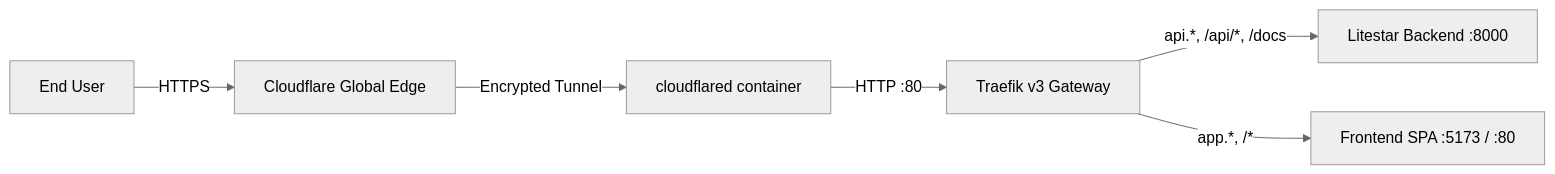
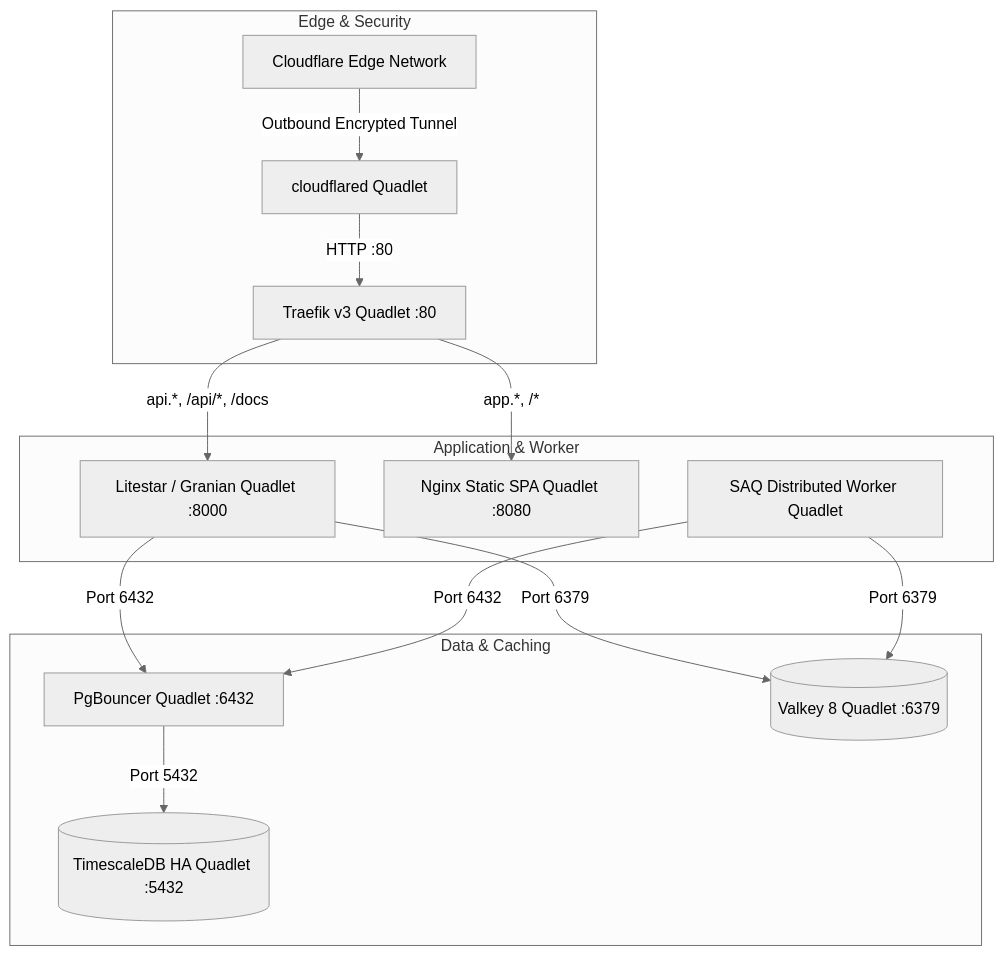
One commit to le-patrice/granite-template changed the diagram in docs/DEPLOYMENT.md. Above: the diagram before and after it, drawn with Mermaid (neutral theme). The commit also changed other lines of this file and 11 other files, not shown here.

````diff
--- a/docs/DEPLOYMENT.md
+++ b/docs/DEPLOYMENT.md
@@ -202,8 +13,21 @@
 ```mermaid
-flowchart LR
-    User[End User] -->|HTTPS| CFEdge[Cloudflare Global Edge]
-    CFEdge -->|Encrypted Tunnel| Tunnel[cloudflared container]
-    Tunnel -->|HTTP :80| Traefik[Traefik v3 Gateway]
-    Traefik -->|api.*, /api/*, /docs| App[Litestar Backend :8000]
-    Traefik -->|app.*, /*| Frontend[Frontend SPA :5173 / :80]
+flowchart TD
+    subgraph Edge & Security
+        CF[Cloudflare Edge Network] -->|Outbound Encrypted Tunnel| Tunnel[cloudflared Quadlet]
+        Tunnel -->|HTTP :80| Traefik[Traefik v3 Quadlet :80]
+    end
+
+    subgraph Application & Worker
+        Traefik -->|api.*, /api/*, /docs| App[Litestar / Granian Quadlet :8000]
+        Traefik -->|app.*, /*| Frontend[Nginx Static SPA Quadlet :8080]
+        Worker[SAQ Distributed Worker Quadlet]
+    end
+
+    subgraph Data & Caching
+        App -->|Port 6432| PgBouncer[PgBouncer Quadlet :6432]
+        Worker -->|Port 6432| PgBouncer
+        PgBouncer -->|Port 5432| DB[(TimescaleDB HA Quadlet :5432)]
+        App -->|Port 6379| VK[(Valkey 8 Quadlet :6379)]
+        Worker -->|Port 6379| VK
+    end
 ```
````
